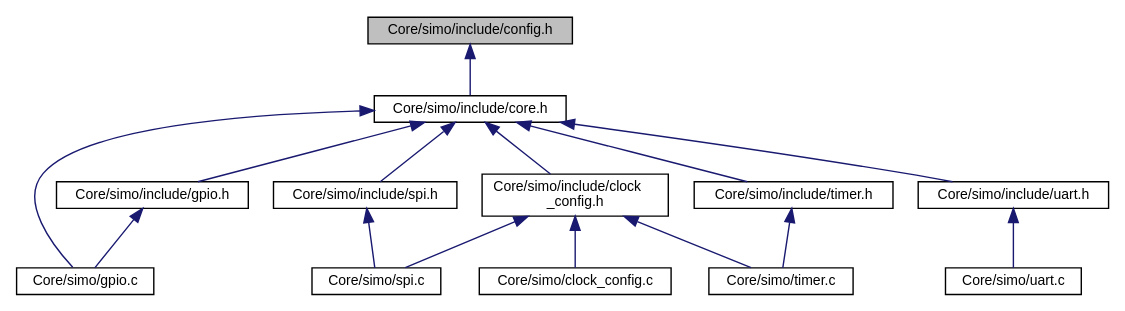
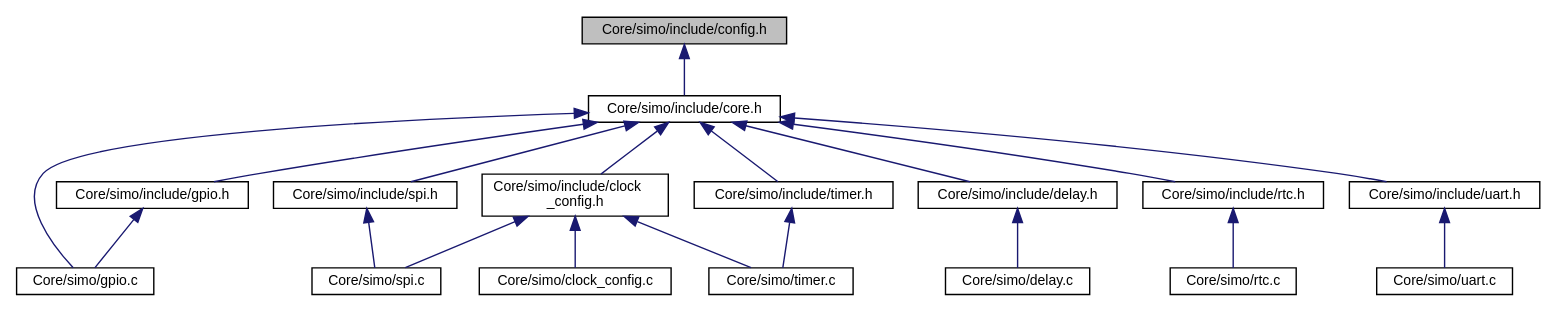
Before and after one commit to Germanvelardez2018/SIMO-STM32-framework: the diagram in docs/config_8h__dep__incl.dot, drawn with Graphviz. The commit also changed 102 other files, not shown here.

Commit message:
esqueleto de la funcion rtc

```diff
--- a/docs/config_8h__dep__incl.dot
+++ b/docs/config_8h__dep__incl.dot
@@ -1,32 +1,40 @@
 digraph "Core/simo/include/config.h"
 {
  // LATEX_PDF_SIZE
   edge [fontname="Helvetica",fontsize="10",labelfontname="Helvetica",labelfontsize="10"];
   node [fontname="Helvetica",fontsize="10",shape=record];
   Node1 [label="Core/simo/include/config.h",height=0.2,width=0.4,color="black", fillcolor="grey75", style="filled", fontcolor="black",tooltip=" "];
   Node1 -> Node2 [dir="back",color="midnightblue",fontsize="10",style="solid",fontname="Helvetica"];
   Node2 [label="Core/simo/include/core.h",height=0.2,width=0.4,color="black", fillcolor="white", style="filled",URL="$core_8h.html",tooltip=" "];
   Node2 -> Node3 [dir="back",color="midnightblue",fontsize="10",style="solid",fontname="Helvetica"];
   Node3 [label="Core/simo/gpio.c",height=0.2,width=0.4,color="black", fillcolor="white", style="filled",URL="$gpio_8c.html",tooltip=" "];
   Node2 -> Node4 [dir="back",color="midnightblue",fontsize="10",style="solid",fontname="Helvetica"];
   Node4 [label="Core/simo/include/clock\l_config.h",height=0.2,width=0.4,color="black", fillcolor="white", style="filled",URL="$clock__config_8h.html",tooltip=" "];
   Node4 -> Node5 [dir="back",color="midnightblue",fontsize="10",style="solid",fontname="Helvetica"];
   Node5 [label="Core/simo/clock_config.c",height=0.2,width=0.4,color="black", fillcolor="white", style="filled",URL="$clock__config_8c.html",tooltip=" "];
   Node4 -> Node6 [dir="back",color="midnightblue",fontsize="10",style="solid",fontname="Helvetica"];
   Node6 [label="Core/simo/spi.c",height=0.2,width=0.4,color="black", fillcolor="white", style="filled",URL="$spi_8c.html",tooltip="Driver para abstraer el hardware SPI."];
   Node4 -> Node7 [dir="back",color="midnightblue",fontsize="10",style="solid",fontname="Helvetica"];
   Node7 [label="Core/simo/timer.c",height=0.2,width=0.4,color="black", fillcolor="white", style="filled",URL="$timer_8c.html",tooltip=" "];
   Node2 -> Node8 [dir="back",color="midnightblue",fontsize="10",style="solid",fontname="Helvetica"];
-  Node8 [label="Core/simo/include/gpio.h",height=0.2,width=0.4,color="black", fillcolor="white", style="filled",URL="$gpio_8h.html",tooltip="Driver para abstraer el hardware GPIO del microcontrolador."];
-  Node8 -> Node3 [dir="back",color="midnightblue",fontsize="10",style="solid",fontname="Helvetica"];
-  Node2 -> Node9 [dir="back",color="midnightblue",fontsize="10",style="solid",fontname="Helvetica"];
-  Node9 [label="Core/simo/include/spi.h",height=0.2,width=0.4,color="black", fillcolor="white", style="filled",URL="$spi_8h.html",tooltip="Driver para abstraer hardware SPI."];
-  Node9 -> Node6 [dir="back",color="midnightblue",fontsize="10",style="solid",fontname="Helvetica"];
+  Node8 [label="Core/simo/include/delay.h",height=0.2,width=0.4,color="black", fillcolor="white", style="filled",URL="$delay_8h.html",tooltip="Abstraccion de funcion delay bloqueante."];
+  Node8 -> Node9 [dir="back",color="midnightblue",fontsize="10",style="solid",fontname="Helvetica"];
+  Node9 [label="Core/simo/delay.c",height=0.2,width=0.4,color="black", fillcolor="white", style="filled",URL="$delay_8c.html",tooltip=" "];
   Node2 -> Node10 [dir="back",color="midnightblue",fontsize="10",style="solid",fontname="Helvetica"];
-  Node10 [label="Core/simo/include/timer.h",height=0.2,width=0.4,color="black", fillcolor="white", style="filled",URL="$timer_8h.html",tooltip="Driver para abstraer el hardware timer."];
-  Node10 -> Node7 [dir="back",color="midnightblue",fontsize="10",style="solid",fontname="Helvetica"];
+  Node10 [label="Core/simo/include/gpio.h",height=0.2,width=0.4,color="black", fillcolor="white", style="filled",URL="$gpio_8h.html",tooltip="Driver para abstraer el hardware GPIO del microcontrolador."];
+  Node10 -> Node3 [dir="back",color="midnightblue",fontsize="10",style="solid",fontname="Helvetica"];
   Node2 -> Node11 [dir="back",color="midnightblue",fontsize="10",style="solid",fontname="Helvetica"];
-  Node11 [label="Core/simo/include/uart.h",height=0.2,width=0.4,color="black", fillcolor="white", style="filled",URL="$uart_8h.html",tooltip="Driver para abstraer el hardware UART."];
+  Node11 [label="Core/simo/include/rtc.h",height=0.2,width=0.4,color="black", fillcolor="white", style="filled",URL="$rtc_8h.html",tooltip="Abstracion para utilizar el hardware RTC."];
   Node11 -> Node12 [dir="back",color="midnightblue",fontsize="10",style="solid",fontname="Helvetica"];
-  Node12 [label="Core/simo/uart.c",height=0.2,width=0.4,color="black", fillcolor="white", style="filled",URL="$uart_8c.html",tooltip=" "];
+  Node12 [label="Core/simo/rtc.c",height=0.2,width=0.4,color="black", fillcolor="white", style="filled",URL="$rtc_8c.html",tooltip=" "];
+  Node2 -> Node13 [dir="back",color="midnightblue",fontsize="10",style="solid",fontname="Helvetica"];
+  Node13 [label="Core/simo/include/spi.h",height=0.2,width=0.4,color="black", fillcolor="white", style="filled",URL="$spi_8h.html",tooltip="Driver para abstraer hardware SPI."];
+  Node13 -> Node6 [dir="back",color="midnightblue",fontsize="10",style="solid",fontname="Helvetica"];
+  Node2 -> Node14 [dir="back",color="midnightblue",fontsize="10",style="solid",fontname="Helvetica"];
+  Node14 [label="Core/simo/include/timer.h",height=0.2,width=0.4,color="black", fillcolor="white", style="filled",URL="$timer_8h.html",tooltip="Driver para abstraer el hardware timer."];
+  Node14 -> Node7 [dir="back",color="midnightblue",fontsize="10",style="solid",fontname="Helvetica"];
+  Node2 -> Node15 [dir="back",color="midnightblue",fontsize="10",style="solid",fontname="Helvetica"];
+  Node15 [label="Core/simo/include/uart.h",height=0.2,width=0.4,color="black", fillcolor="white", style="filled",URL="$uart_8h.html",tooltip="Driver para abstraer el hardware UART."];
+  Node15 -> Node16 [dir="back",color="midnightblue",fontsize="10",style="solid",fontname="Helvetica"];
+  Node16 [label="Core/simo/uart.c",height=0.2,width=0.4,color="black", fillcolor="white", style="filled",URL="$uart_8c.html",tooltip=" "];
 }
```
